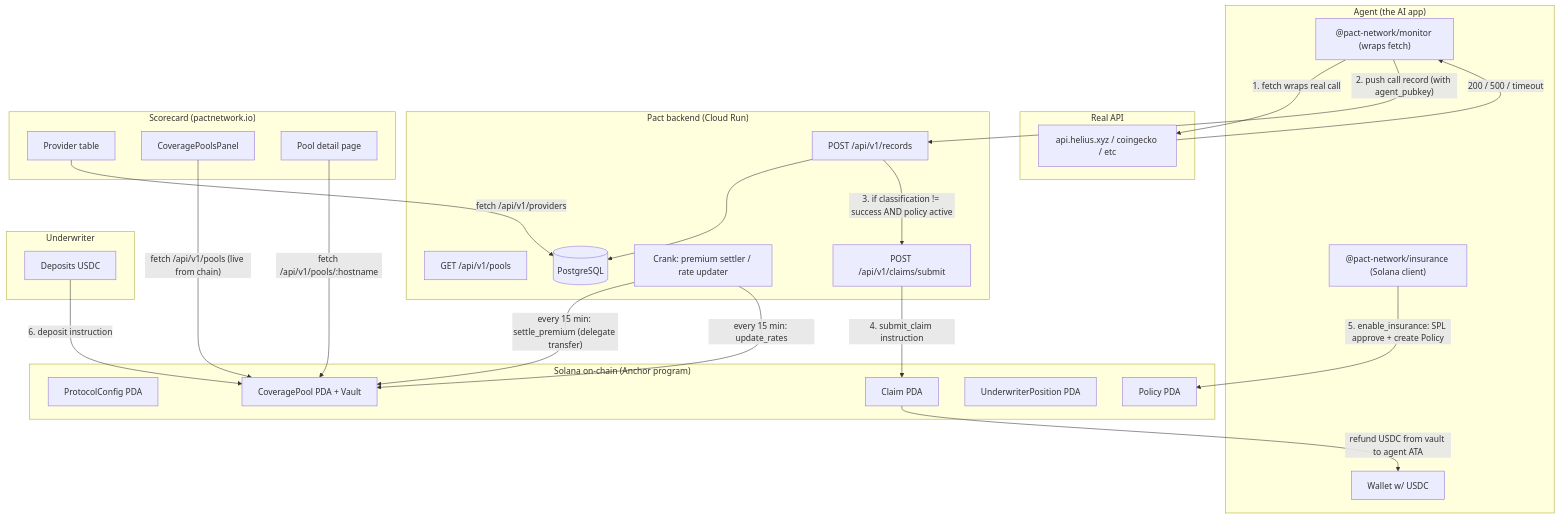
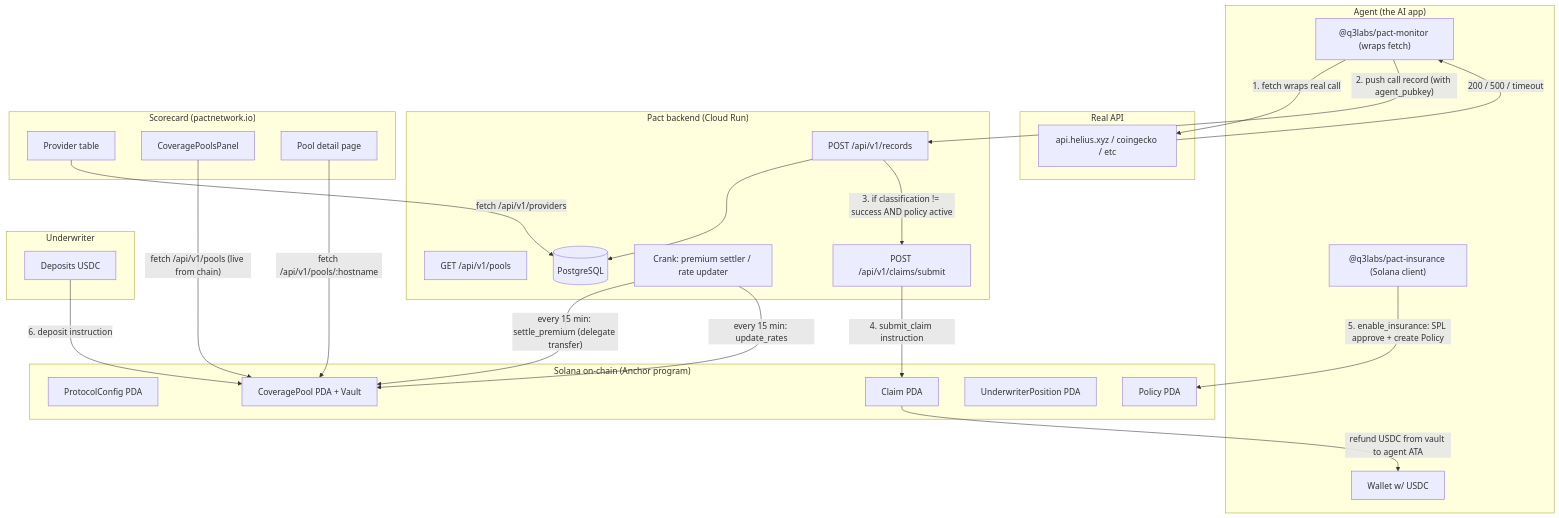
Before and after one commit to pactnetwork/pact-monitor: the first of 2 diagrams in docs/PHASE3.md, drawn with Mermaid. The commit also changed other lines of this file and 43 other files, not shown here.

````diff
--- a/docs/PHASE3.md
+++ b/docs/PHASE3.md
@@ -28,56 +28,56 @@
 ```mermaid
 flowchart TB
   subgraph Agent["Agent (the AI app)"]
     A1[Wallet w/ USDC]
-    A2["@pact-network/monitor (wraps fetch)"]
-    A3["@pact-network/insurance (Solana client)"]
+    A2["@q3labs/pact-monitor (wraps fetch)"]
+    A3["@q3labs/pact-insurance (Solana client)"]
   end
 
   subgraph Provider["Real API"]
     P1[api.helius.xyz / coingecko / etc]
   end
 
   subgraph Backend["Pact backend (Cloud Run)"]
     B1[POST /api/v1/records]
     B2[GET /api/v1/pools]
     B3[POST /api/v1/claims/submit]
     B4[Crank: premium settler / rate updater]
     B5[(PostgreSQL)]
   end
 
   subgraph Chain["Solana on-chain (Anchor program)"]
     C1[ProtocolConfig PDA]
     C2[CoveragePool PDA + Vault]
     C3[Policy PDA]
     C4[UnderwriterPosition PDA]
     C5[Claim PDA]
   end
 
   subgraph UI["Scorecard (pactnetwork.io)"]
     U1[Provider table]
     U2[CoveragePoolsPanel]
     U3[Pool detail page]
   end
 
   subgraph UW["Underwriter"]
     UW1[Deposits USDC]
   end
 
   A2 -- "1. fetch wraps real call" --> P1
   P1 -- "200 / 500 / timeout" --> A2
   A2 -- "2. push call record (with agent_pubkey)" --> B1
   B1 --> B5
   B1 -- "3. if classification != success AND policy active" --> B3
   B3 -- "4. submit_claim instruction" --> C5
   C5 -- "refund USDC from vault to agent ATA" --> A1
 
   A3 -- "5. enable_insurance: SPL approve + create Policy" --> C3
   UW1 -- "6. deposit instruction" --> C2
 
   B4 -- "every 15 min: settle_premium (delegate transfer)" --> C2
   B4 -- "every 15 min: update_rates" --> C2
 
   U1 -- "fetch /api/v1/providers" --> B5
   U2 -- "fetch /api/v1/pools (live from chain)" --> C2
   U3 -- "fetch /api/v1/pools/:hostname" --> C2
 ```
````
